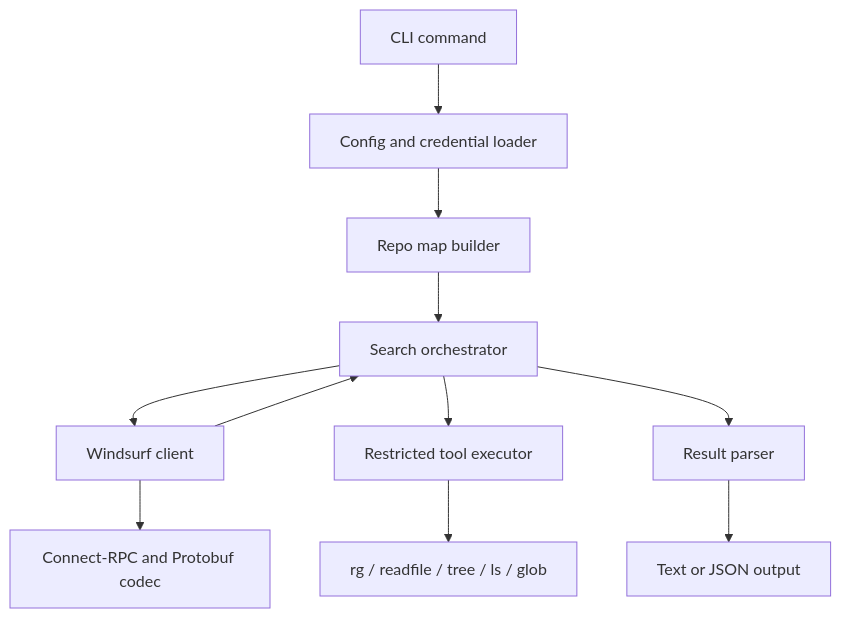
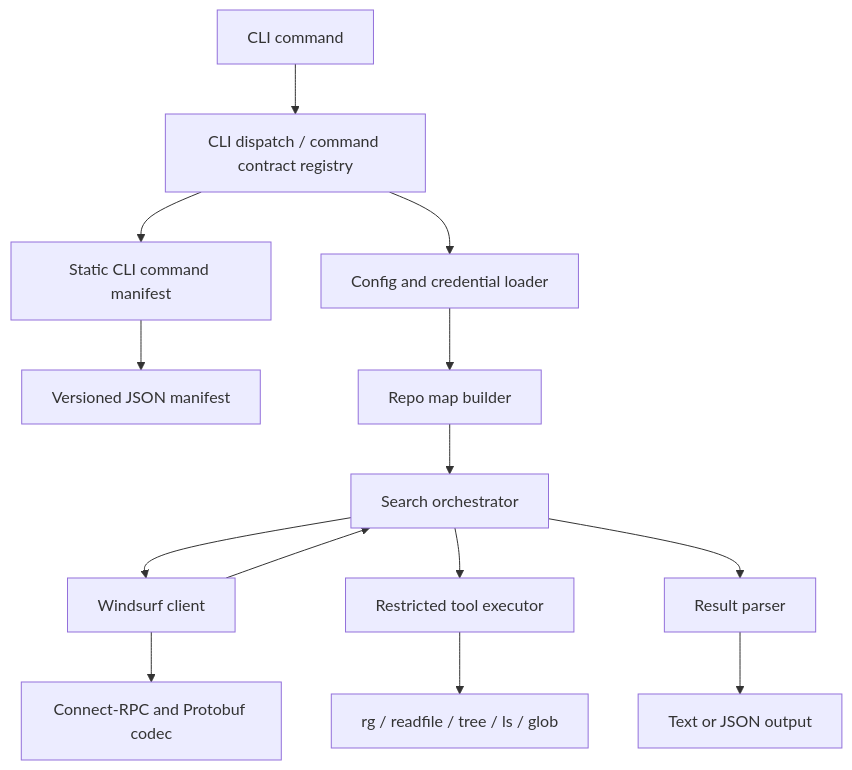
The diagram in docs/fast-context-go-cli-architecture.md (deqiying/fast-context), drawn with Mermaid before and after one commit. The commit also changed other lines of this file and 23 other files, not shown here.

First line of the commit message:
feat(cli): 新增面向 Agent 的命令 Schema

````diff
--- a/docs/fast-context-go-cli-architecture.md
+++ b/docs/fast-context-go-cli-architecture.md
@@ -77,13 +77,16 @@
 ```mermaid
 flowchart TD
-    A["CLI command"] --> B["Config and credential loader"]
+    A["CLI command"] --> R["CLI dispatch / command contract registry"]
+    R --> M["Static CLI command manifest"]
+    M --> N["Versioned JSON manifest"]
+    R --> B["Config and credential loader"]
     B --> C["Repo map builder"]
     C --> D["Search orchestrator"]
     D --> E["Windsurf client"]
     E --> F["Connect-RPC and Protobuf codec"]
     D --> G["Restricted tool executor"]
     G --> H["rg / readfile / tree / ls / glob"]
     E --> D
     D --> I["Result parser"]
     I --> J["Text or JSON output"]
 ```
````
